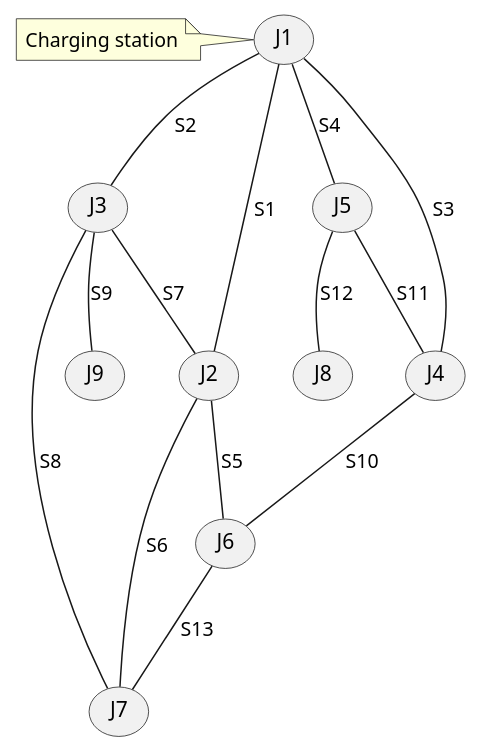
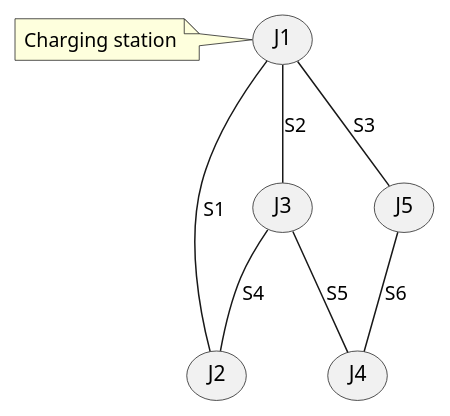
Before and after one commit to Ventus218/SAP-assignment-03: the diagram in doc/diagrams/src/streets-graph.puml, drawn with PlantUML.

Commit message:
Reduced streets graph

```diff
--- a/doc/diagrams/src/streets-graph.puml
+++ b/doc/diagrams/src/streets-graph.puml
@@ -1,27 +1,17 @@
 @startuml streets-graph
 
 
 (J1) -- (J2) : "S1"
 (J1) -- (J3) : "S2"
-(J1) -- (J4) : "S3"
-(J1) -- (J5) : "S4"
+(J1) -- (J5) : "S3"
 
-(J2) -- (J6) : "S5"
-(J2) -- (J7) : "S6"
+(J3) -- (J2) : "S4"
+(J3) -- (J4) : "S5"
 
-(J3) -- (J2) : "S7"
-(J3) -- (J7) : "S8"
-(J3) -- (J9) : "S9"
-
-(J4) -- (J6) : "S10"
-
-(J5) -- (J4) : "S11"
-(J5) -- (J8) : "S12"
-
-(J6) -- (J7) : "S13"
+(J5) -- (J4) : "S6"
 
 note left of (J1)
     Charging station
 end note
 
 @enduml
```
